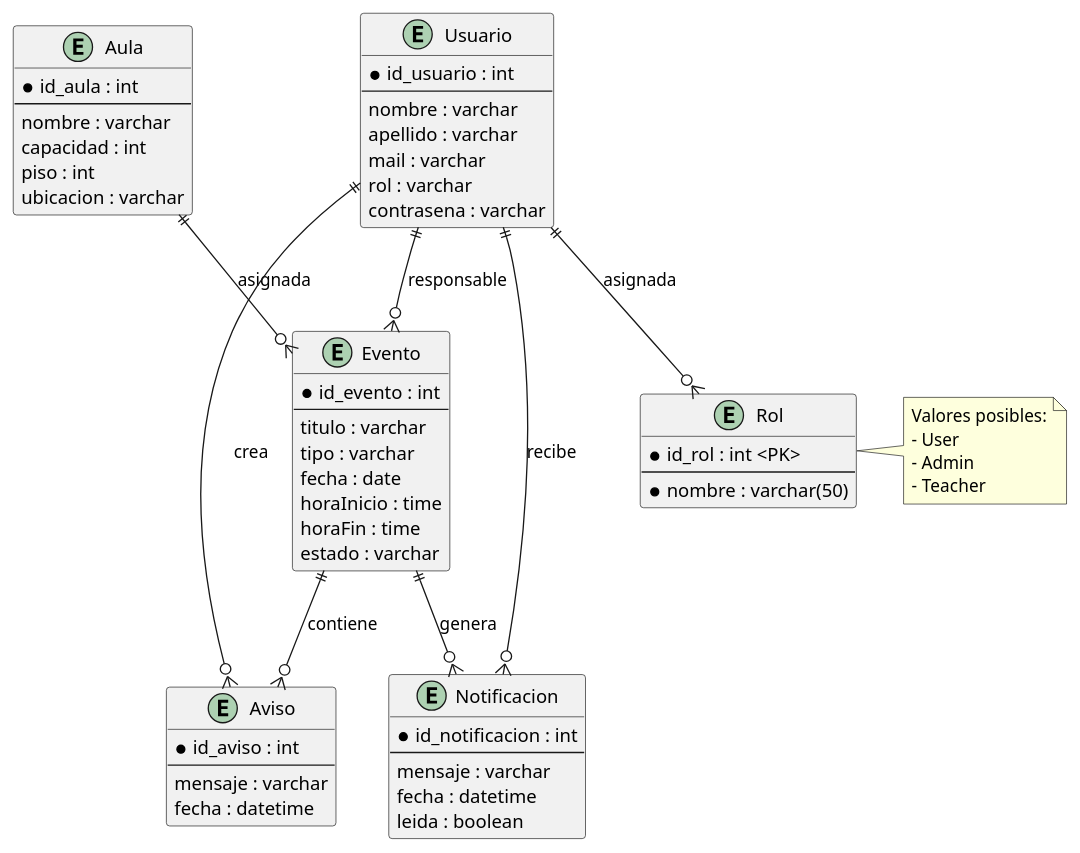
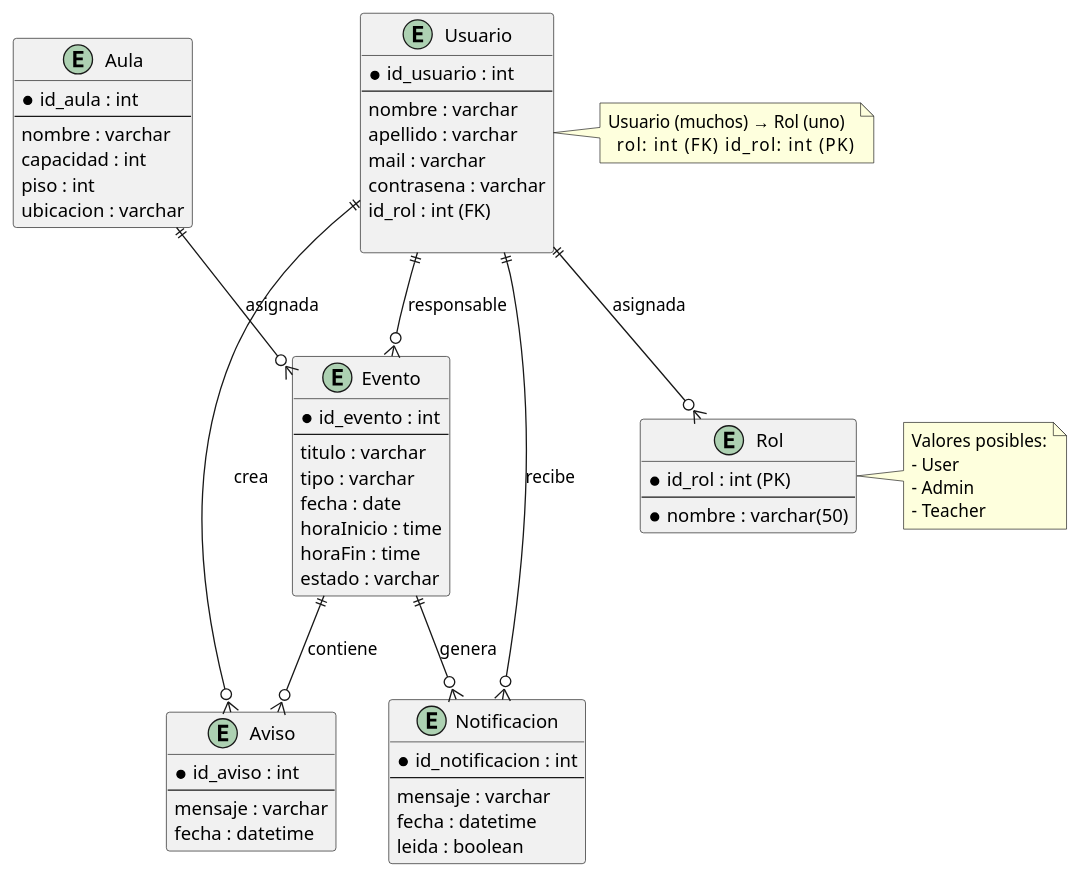
Before and after one commit to MaiaBiribin/tp-campus-universitario: the diagram in documentacion/der.puml, drawn with PlantUML. The commit also changed 15 other files, not shown here.

Commit message:
configuracion TypeORM, entidades Usuario y Rol, conexión Neon

```diff
--- a/documentacion/der.puml
+++ b/documentacion/der.puml
@@ -1,74 +1,80 @@
 @startuml der
 
 entity Rol {
-    * id_rol : int <PK>
+    * id_rol : int (PK)
     --
     * nombre : varchar(50)
 }
 
 entity Usuario {
   * id_usuario : int
   --
   nombre : varchar
   apellido : varchar
   mail : varchar
-  rol : varchar
   contrasena : varchar
+  id_rol : int (FK)
+  
 }
 
 entity Aula {
   * id_aula : int
   --
   nombre : varchar
   capacidad : int
   piso : int
   ubicacion : varchar
 }
 
 entity Evento {
   * id_evento : int
   --
   titulo : varchar
   tipo : varchar
   fecha : date
   horaInicio : time
   horaFin : time
   estado : varchar
 }
 
 entity Notificacion {
   * id_notificacion : int
   --
   mensaje : varchar
   fecha : datetime
   leida : boolean
 }
 
 entity Aviso {
   * id_aviso : int
   --
   mensaje : varchar
   fecha : datetime
 }
 
 ' RELACIONES
 
 note right of Rol
 Valores posibles:
 - User
 - Admin
 - Teacher
 end note
 
+note right of Usuario
+Usuario (muchos) → Rol (uno)
+  rol: int (FK)         id_rol: int (PK)
+end note
+
 Usuario ||--o{ Evento : responsable
 Aula ||--o{ Evento : asignada
 
 Usuario ||--o{ Notificacion : recibe
 Evento ||--o{ Notificacion : genera
 
 Usuario ||--o{ Aviso : crea
 Evento ||--o{ Aviso : contiene
 
 Usuario ||--o{ Rol : asignada
 
 @enduml
```
